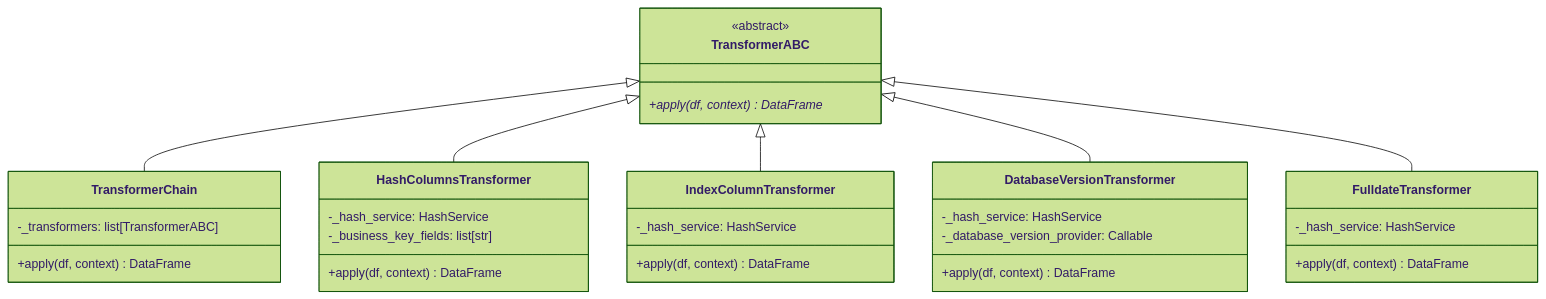
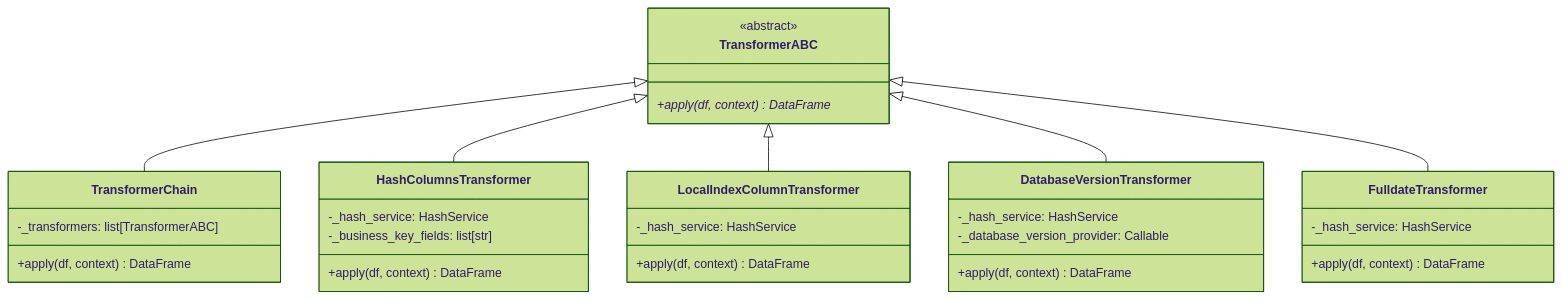
The second of 10 diagrams in docs/architecture/14-class-diagrams-domain.md (SatoryKono/BioactivityDataAcquisition), drawn with Mermaid (forest theme) before and after one commit. The commit also changed 11 other files, not shown here.

````diff
--- a/docs/architecture/14-class-diagrams-domain.md
+++ b/docs/architecture/14-class-diagrams-domain.md
@@ -57,43 +57,43 @@
 ```mermaid
 ---
 id: dd6eff40-65cb-44d4-9032-b41719890c6a
 ---
 classDiagram
     class TransformerABC {
         <<abstract>>
         +apply(df, context)* DataFrame
     }
 
     class TransformerChain {
         -_transformers: list[TransformerABC]
         +apply(df, context) DataFrame
     }
 
     class HashColumnsTransformer {
         -_hash_service: HashService
         -_business_key_fields: list[str]
         +apply(df, context) DataFrame
     }
 
-    class IndexColumnTransformer {
+    class LocalIndexColumnTransformer {
         -_hash_service: HashService
         +apply(df, context) DataFrame
     }
 
     class DatabaseVersionTransformer {
         -_hash_service: HashService
         -_database_version_provider: Callable
         +apply(df, context) DataFrame
     }
 
     class FulldateTransformer {
         -_hash_service: HashService
         +apply(df, context) DataFrame
     }
 
     TransformerABC <|-- TransformerChain
     TransformerABC <|-- HashColumnsTransformer
-    TransformerABC <|-- IndexColumnTransformer
+    TransformerABC <|-- LocalIndexColumnTransformer
     TransformerABC <|-- DatabaseVersionTransformer
     TransformerABC <|-- FulldateTransformer
 ```
````
